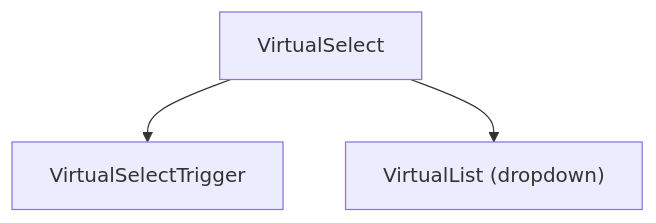
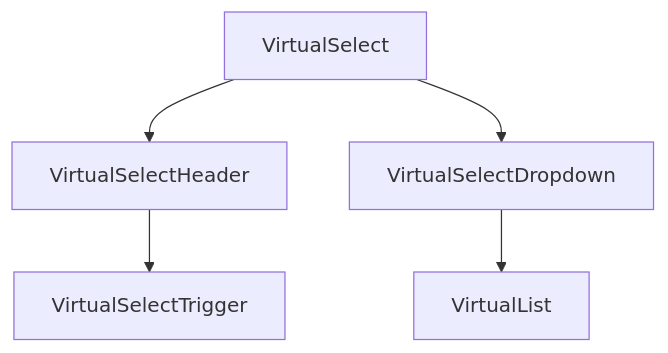
Before and after one commit to luciocabrera/lcabrera-stack: the first of 5 diagrams in packages/ui/src/components/VirtualSelect/ARCHITECTURE.md, drawn with Mermaid. The commit also changed other lines of this file and 5 other files, not shown here.

Commit message:
feat(AllSettingsSection, ColumnWidthsSection): update test assertions for header rendering to use not.toBeNull() feat(VirtualSelect): enhance architecture documentation with detailed component structure and hooks

````diff
--- a/packages/ui/src/components/VirtualSelect/ARCHITECTURE.md
+++ b/packages/ui/src/components/VirtualSelect/ARCHITECTURE.md
@@ -30,5 +41,7 @@
 ```mermaid
 graph TD
-  VS["VirtualSelect"] --> VST["VirtualSelectTrigger"]
-  VS --> VL["VirtualList (dropdown)"]
+  VS["VirtualSelect"] --> VSH["VirtualSelectHeader"]
+  VS --> VSD["VirtualSelectDropdown"]
+  VSH --> VST["VirtualSelectTrigger"]
+  VSD --> VL["VirtualList"]
 ```
````
